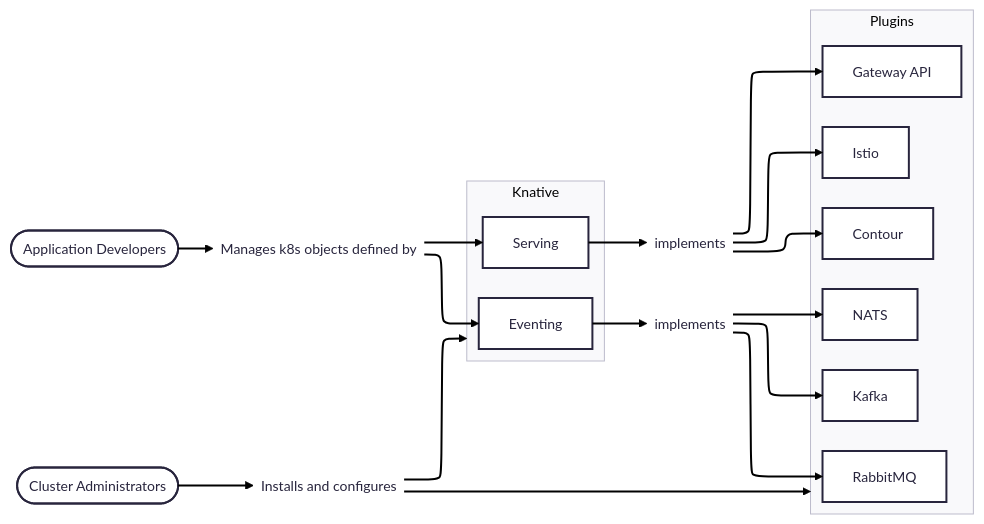
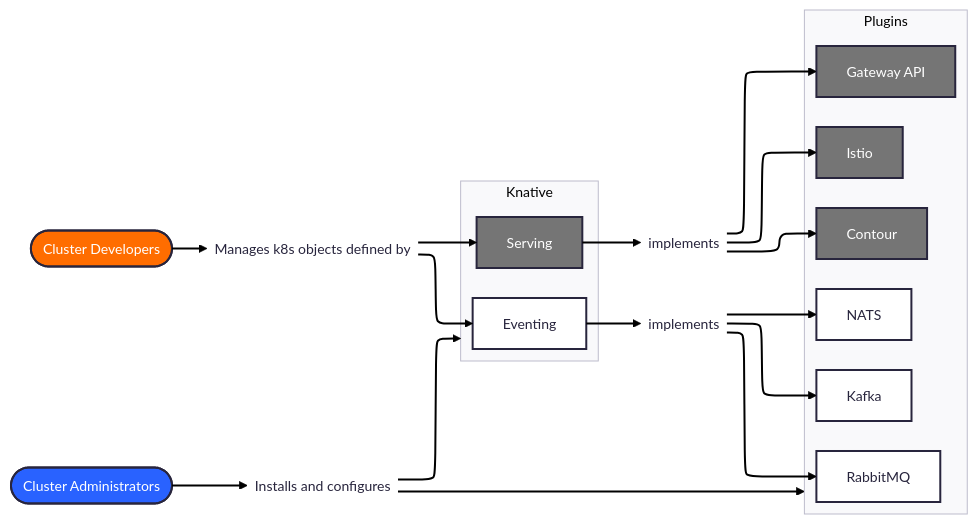
One commit to knative/docs changed the diagram in docs/versioned/admin/admin-overview.md. Above: the diagram before and after it, drawn with Mermaid.

Commit message:
Update admin-overview.md
Diagram test

````diff
--- a/docs/versioned/admin/admin-overview.md
+++ b/docs/versioned/admin/admin-overview.md
@@ -12,34 +12,41 @@
 ```mermaid
 ---
 config:
   theme: redux
   layout: elk
+  look: classic
 ---
 flowchart LR
  subgraph Knative["Knative"]
     direction LR
         Serving["Serving"]
         Eventing["Eventing"]
   end
  subgraph Plugins["Plugins"]
     direction LR
         net-istio["Istio"]
         net-contour["Contour"]
         net-gateway-api["Gateway API"]
         event-kafka["Kafka"]
         event-rabbitmq["RabbitMQ"]
         event-nats["NATS"]
   end
-    Dev(["Application Developers"]) --> dev-acts["Manages k8s objects defined by"]
+    Dev(["Cluster Developers"]) --> dev-acts["Manages k8s objects defined by"]
     dev-acts --> Serving & Eventing
     Admin(["Cluster Administrators"]) --> admin-acts["Installs and configures"]
     admin-acts --> Knative & Plugins
     Serving --> net-impl["implements"]
     net-impl --> net-istio & net-contour & net-gateway-api
     Eventing --> event-impl["implements"]
     event-impl --> event-kafka & event-rabbitmq & event-nats
     dev-acts@{ shape: text}
     admin-acts@{ shape: text}
     net-impl@{ shape: text}
     event-impl@{ shape: text}
+    style Serving fill:#757575,color:#FFFFFF
+    style net-istio fill:#757575,color:#FFFFFF
+    style net-contour fill:#757575,color:#FFFFFF
+    style net-gateway-api fill:#757575,color:#FFFFFF
+    style Dev fill:#FF6D00,color:#FFFFFF
+    style Admin fill:#2962FF,color:#FFFFFF
 ```
````
